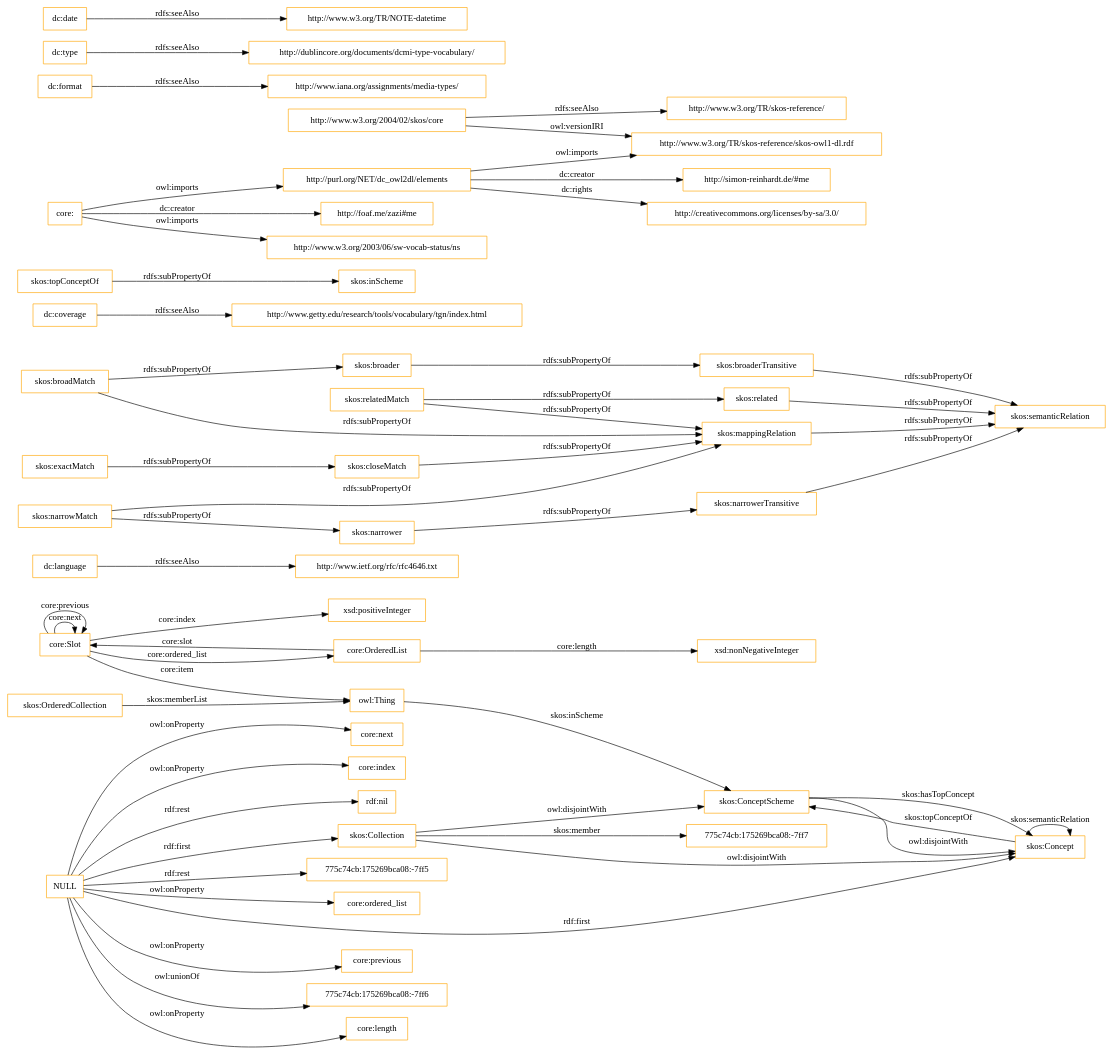
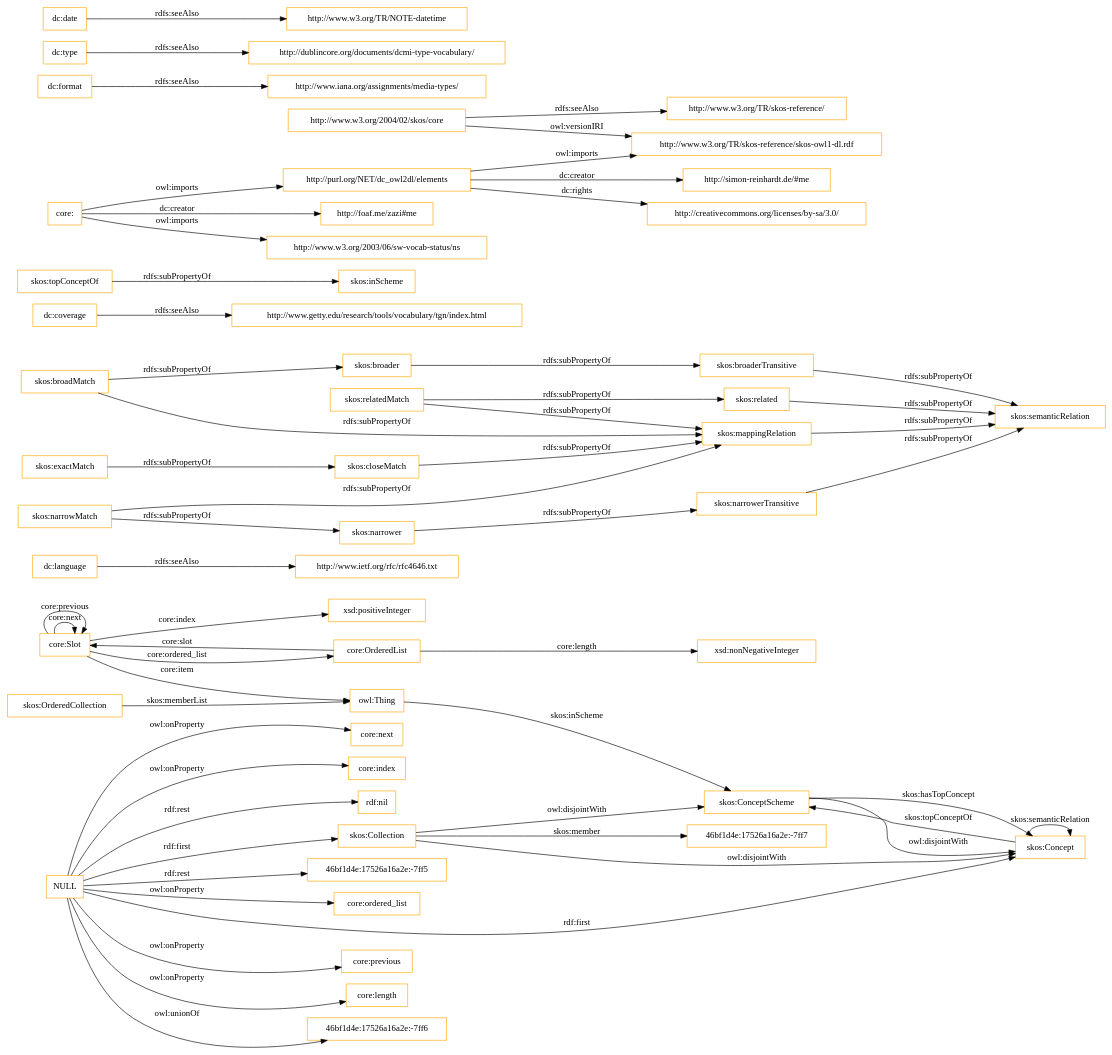
One commit to OnToologyUser/core-ontology-1 changed the diagram in OnToology/imports/core.owl/diagrams/ar2dtool-class/core.owl.png.dot. Above: the diagram before and after it, drawn with Graphviz. The commit also changed 14 other files, not shown here.

```diff
--- a/OnToology/imports/core.owl/diagrams/ar2dtool-class/core.owl.png.dot
+++ b/OnToology/imports/core.owl/diagrams/ar2dtool-class/core.owl.png.dot
@@ -1,60 +1,60 @@
 digraph ar2dtool_diagram { 
 rankdir=LR;
 size="1501"
-node [shape = rectangle, color="orange"]; "core:Slot" "core:OrderedList" "775c74cb:175269bca08:-7ff7" "skos:OrderedCollection" "skos:Collection" "skos:ConceptScheme" "skos:Concept" ; /*classes style*/
+node [shape = rectangle, color="orange"]; "core:Slot" "core:OrderedList" "46bf1d4e:17526a16a2e:-7ff7" "skos:OrderedCollection" "skos:Collection" "skos:ConceptScheme" "skos:Concept" ; /*classes style*/
 	"dc:language" -> "http://www.ietf.org/rfc/rfc4646.txt" [ label = "rdfs:seeAlso" ];
 	"NULL" -> "core:previous" [ label = "owl:onProperty" ];
-	"NULL" -> "775c74cb:175269bca08:-7ff6" [ label = "owl:unionOf" ];
 	"NULL" -> "core:length" [ label = "owl:onProperty" ];
+	"NULL" -> "46bf1d4e:17526a16a2e:-7ff6" [ label = "owl:unionOf" ];
 	"NULL" -> "skos:Concept" [ label = "rdf:first" ];
 	"NULL" -> "core:next" [ label = "owl:onProperty" ];
 	"NULL" -> "core:index" [ label = "owl:onProperty" ];
 	"NULL" -> "rdf:nil" [ label = "rdf:rest" ];
-	"NULL" -> "775c74cb:175269bca08:-7ff5" [ label = "rdf:rest" ];
+	"NULL" -> "46bf1d4e:17526a16a2e:-7ff5" [ label = "rdf:rest" ];
 	"NULL" -> "core:ordered_list" [ label = "owl:onProperty" ];
 	"NULL" -> "skos:Collection" [ label = "rdf:first" ];
 	"skos:closeMatch" -> "skos:mappingRelation" [ label = "rdfs:subPropertyOf" ];
 	"dc:coverage" -> "http://www.getty.edu/research/tools/vocabulary/tgn/index.html" [ label = "rdfs:seeAlso" ];
 	"skos:relatedMatch" -> "skos:related" [ label = "rdfs:subPropertyOf" ];
 	"skos:relatedMatch" -> "skos:mappingRelation" [ label = "rdfs:subPropertyOf" ];
 	"skos:ConceptScheme" -> "skos:Concept" [ label = "owl:disjointWith" ];
 	"skos:related" -> "skos:semanticRelation" [ label = "rdfs:subPropertyOf" ];
 	"skos:topConceptOf" -> "skos:inScheme" [ label = "rdfs:subPropertyOf" ];
 	"skos:broadMatch" -> "skos:broader" [ label = "rdfs:subPropertyOf" ];
 	"skos:broadMatch" -> "skos:mappingRelation" [ label = "rdfs:subPropertyOf" ];
 	"http://purl.org/NET/dc_owl2dl/elements" -> "http://www.w3.org/TR/skos-reference/skos-owl1-dl.rdf" [ label = "owl:imports" ];
 	"http://purl.org/NET/dc_owl2dl/elements" -> "http://creativecommons.org/licenses/by-sa/3.0/" [ label = "dc:rights" ];
 	"http://purl.org/NET/dc_owl2dl/elements" -> "http://simon-reinhardt.de/#me" [ label = "dc:creator" ];
 	"skos:exactMatch" -> "skos:closeMatch" [ label = "rdfs:subPropertyOf" ];
 	"dc:format" -> "http://www.iana.org/assignments/media-types/" [ label = "rdfs:seeAlso" ];
 	"core:" -> "http://foaf.me/zazi#me" [ label = "dc:creator" ];
 	"core:" -> "http://www.w3.org/2003/06/sw-vocab-status/ns" [ label = "owl:imports" ];
 	"core:" -> "http://purl.org/NET/dc_owl2dl/elements" [ label = "owl:imports" ];
 	"skos:broaderTransitive" -> "skos:semanticRelation" [ label = "rdfs:subPropertyOf" ];
 	"skos:mappingRelation" -> "skos:semanticRelation" [ label = "rdfs:subPropertyOf" ];
 	"skos:broader" -> "skos:broaderTransitive" [ label = "rdfs:subPropertyOf" ];
 	"dc:type" -> "http://dublincore.org/documents/dcmi-type-vocabulary/" [ label = "rdfs:seeAlso" ];
 	"http://www.w3.org/2004/02/skos/core" -> "http://www.w3.org/TR/skos-reference/skos-owl1-dl.rdf" [ label = "owl:versionIRI" ];
 	"http://www.w3.org/2004/02/skos/core" -> "http://www.w3.org/TR/skos-reference/" [ label = "rdfs:seeAlso" ];
 	"skos:Collection" -> "skos:ConceptScheme" [ label = "owl:disjointWith" ];
 	"skos:Collection" -> "skos:Concept" [ label = "owl:disjointWith" ];
 	"skos:narrowMatch" -> "skos:narrower" [ label = "rdfs:subPropertyOf" ];
 	"skos:narrowMatch" -> "skos:mappingRelation" [ label = "rdfs:subPropertyOf" ];
 	"skos:narrower" -> "skos:narrowerTransitive" [ label = "rdfs:subPropertyOf" ];
 	"dc:date" -> "http://www.w3.org/TR/NOTE-datetime" [ label = "rdfs:seeAlso" ];
 	"skos:narrowerTransitive" -> "skos:semanticRelation" [ label = "rdfs:subPropertyOf" ];
 	"core:Slot" -> "xsd:positiveInteger" [ label = "core:index" ];
 	"skos:Concept" -> "skos:ConceptScheme" [ label = "skos:topConceptOf" ];
 	"core:Slot" -> "owl:Thing" [ label = "core:item" ];
 	"core:OrderedList" -> "xsd:nonNegativeInteger" [ label = "core:length" ];
 	"core:OrderedList" -> "core:Slot" [ label = "core:slot" ];
-	"skos:Collection" -> "775c74cb:175269bca08:-7ff7" [ label = "skos:member" ];
+	"skos:Collection" -> "46bf1d4e:17526a16a2e:-7ff7" [ label = "skos:member" ];
 	"core:Slot" -> "core:Slot" [ label = "core:next" ];
 	"skos:ConceptScheme" -> "skos:Concept" [ label = "skos:hasTopConcept" ];
 	"owl:Thing" -> "skos:ConceptScheme" [ label = "skos:inScheme" ];
 	"core:Slot" -> "core:Slot" [ label = "core:previous" ];
 	"skos:OrderedCollection" -> "owl:Thing" [ label = "skos:memberList" ];
 	"skos:Concept" -> "skos:Concept" [ label = "skos:semanticRelation" ];
 	"core:Slot" -> "core:OrderedList" [ label = "core:ordered_list" ];
 
 }
```
